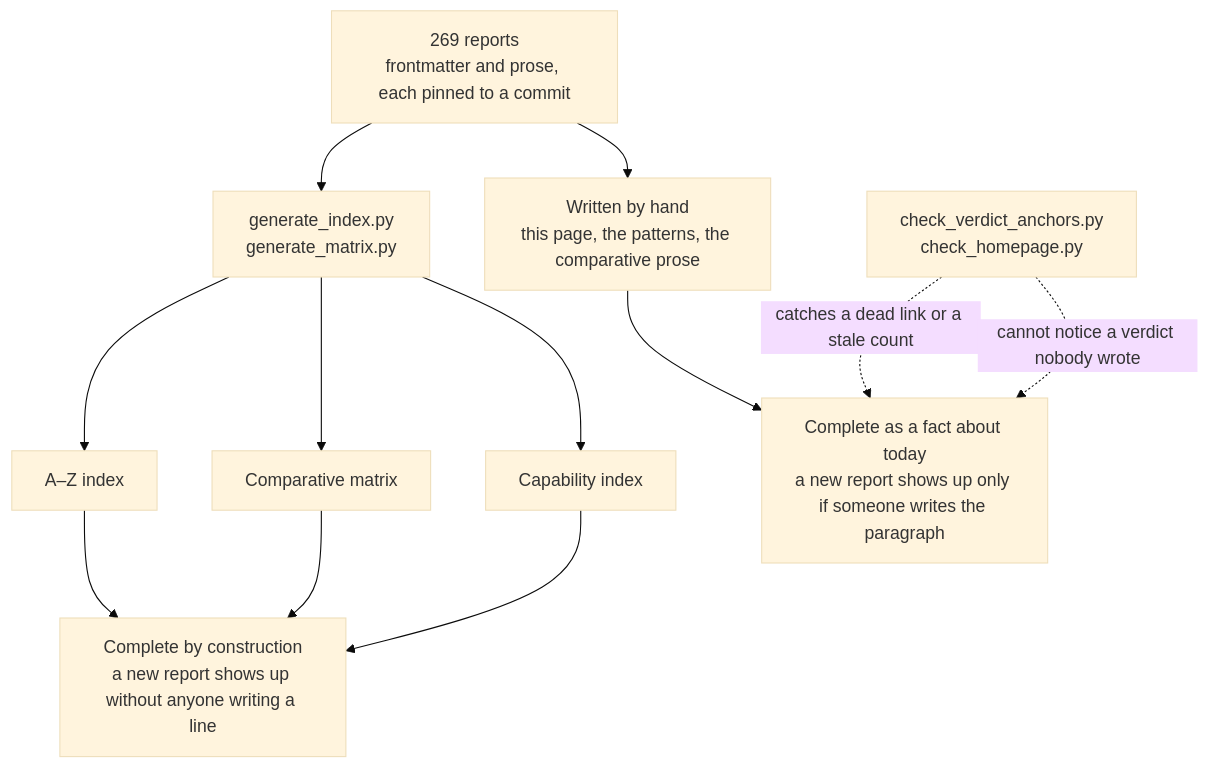
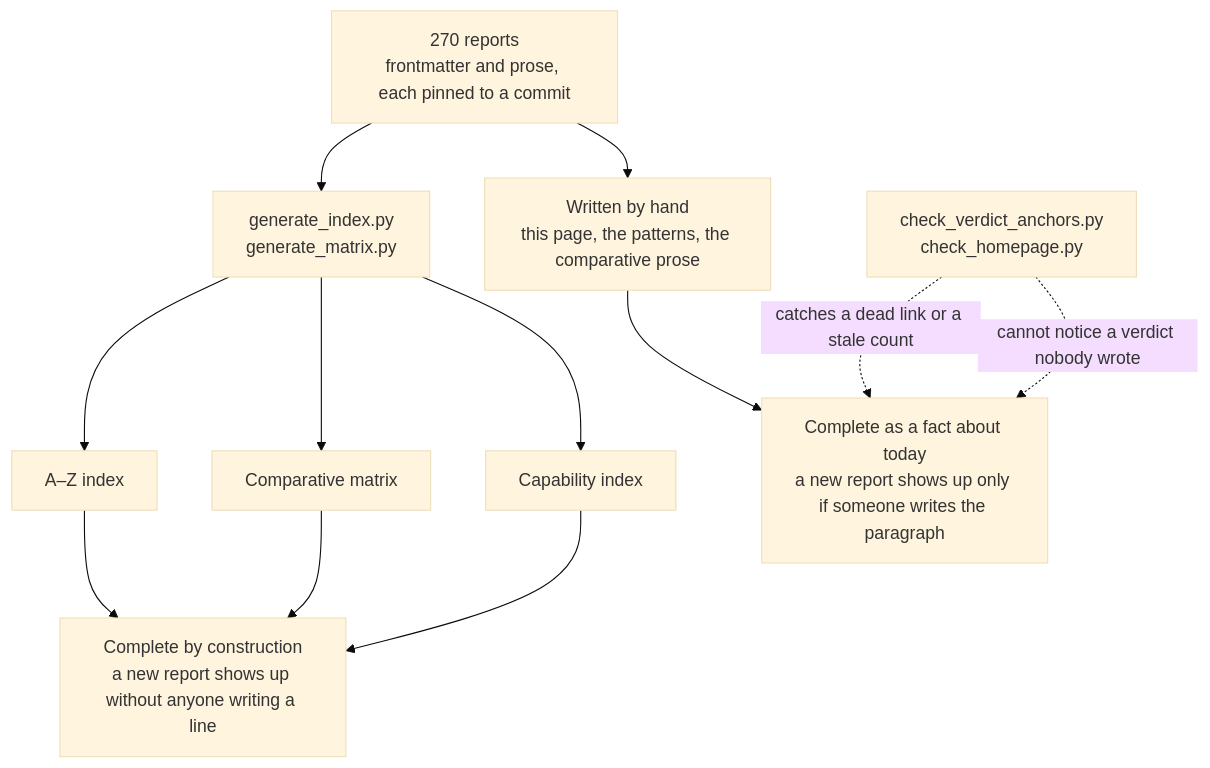
Before and after one commit to neoneye/agent-memory-atlas: the diagram in content/verdicts.md, drawn with Mermaid (base theme). The commit also changed other lines of this file and 19 other files, not shown here.

````diff
--- a/content/verdicts.md
+++ b/content/verdicts.md
@@ -40,15 +40,15 @@
 ```mermaid
 flowchart TD
-    R["269 reports<br/>frontmatter and prose, each pinned to a commit"]
+    R["270 reports<br/>frontmatter and prose, each pinned to a commit"]
     R --> GEN["generate_index.py<br/>generate_matrix.py"]
     R --> HAND["Written by hand<br/>this page, the patterns, the comparative prose"]
     GEN --> AZ["A–Z index"]
     GEN --> MX["Comparative matrix"]
     GEN --> CI["Capability index"]
     AZ --> CONST["Complete by construction<br/>a new report shows up without anyone writing a line"]
     MX --> CONST
     CI --> CONST
     HAND --> TODAY["Complete as a fact about today<br/>a new report shows up only if someone writes the paragraph"]
     CHK["check_verdict_anchors.py<br/>check_homepage.py"] -.->|"catches a dead link or a stale count"| TODAY
     CHK -.->|"cannot notice a verdict nobody wrote"| TODAY
 ```
````
